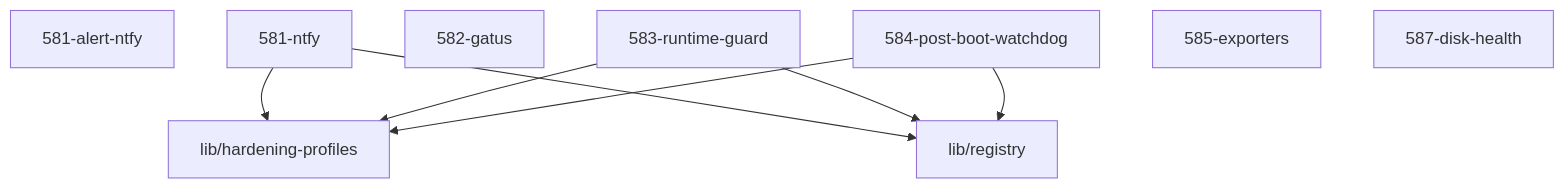
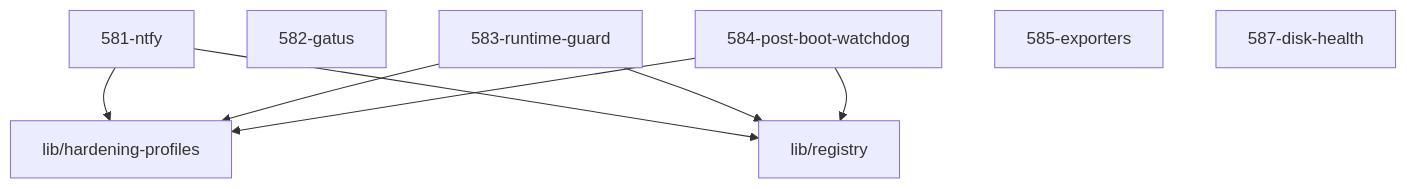
Before and after one commit to grapefruit89/mediNix-core: the diagram in 58-observability/AGENTS.md, drawn with Mermaid. The commit also changed other lines of this file and 2 other files, not shown here.

Commit message:
chore(docs): regenerate AGENTS.md after merge (generate-docs; check-docs now clean)

````diff
--- a/58-observability/AGENTS.md
+++ b/58-observability/AGENTS.md
@@ -29,13 +28,12 @@
 ```mermaid
 graph TD
-  581_alert_ntfy["581-alert-ntfy"]
   581_ntfy["581-ntfy"] --> hardening_profiles["lib/hardening-profiles"]
   581_ntfy["581-ntfy"] --> registry["lib/registry"]
   582_gatus["582-gatus"]
   583_runtime_guard["583-runtime-guard"] --> hardening_profiles["lib/hardening-profiles"]
   583_runtime_guard["583-runtime-guard"] --> registry["lib/registry"]
   584_post_boot_watchdog["584-post-boot-watchdog"] --> hardening_profiles["lib/hardening-profiles"]
   584_post_boot_watchdog["584-post-boot-watchdog"] --> registry["lib/registry"]
   585_exporters["585-exporters"]
   587_disk_health["587-disk-health"]
 ```
````
